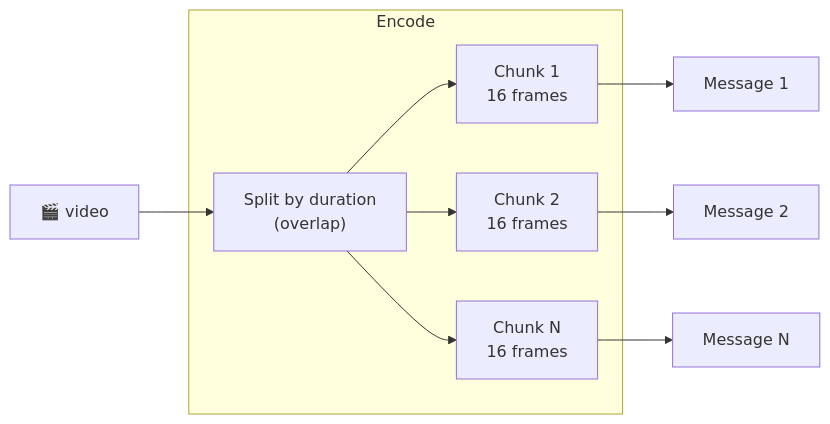
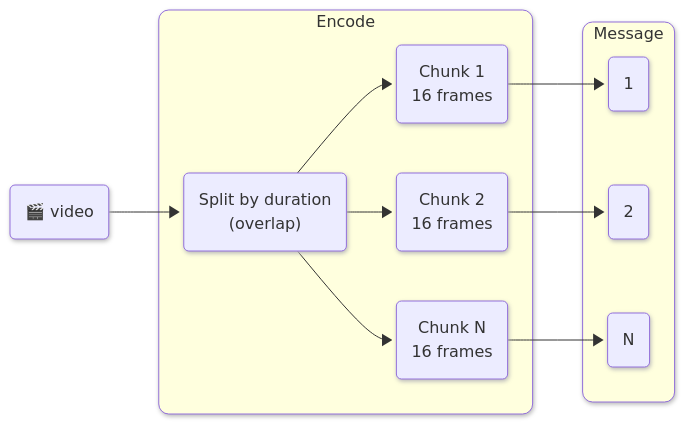
One commit to vlm-run/mm changed the sixth of 17 diagrams in docs/ENCODERS.md. Above: the diagram before and after it, drawn with Mermaid. The commit also changed other lines of this file and 1 other file, not shown here.

Commit message:
Use a proper message block with subgroups (#146)

````diff
--- a/docs/ENCODERS.md
+++ b/docs/ENCODERS.md
@@ -137,20 +162,25 @@
 ```mermaid
+%%{init: {'look': 'neo'} }%%
 graph LR
-  video["🎬 video"]
+  video("🎬 video")
 
   subgraph encode ["Encode"]
-    split["Split by duration\n(overlap)"]
-    c1["Chunk 1\n16 frames"]
-    c2["Chunk 2\n16 frames"]
-    c3["Chunk N\n16 frames"]
+    split("Split by duration\n(overlap)")
+    c1("Chunk 1\n16 frames")
+    c2("Chunk 2\n16 frames")
+    c3("Chunk N\n16 frames")
   end
 
-  m1["Message 1"]
-  m2["Message 2"]
-  m3["Message N"]
+  subgraph message ["Message"]
+    m1("1")
+    m2("2")
+    m3("N")
+  end
 
   video --> split
   split --> c1 --> m1
   split --> c2 --> m2
   split --> c3 --> m3
+  style encode rx:10px,ry:10px
+  style message rx:10px,ry:10px
 ```
````
